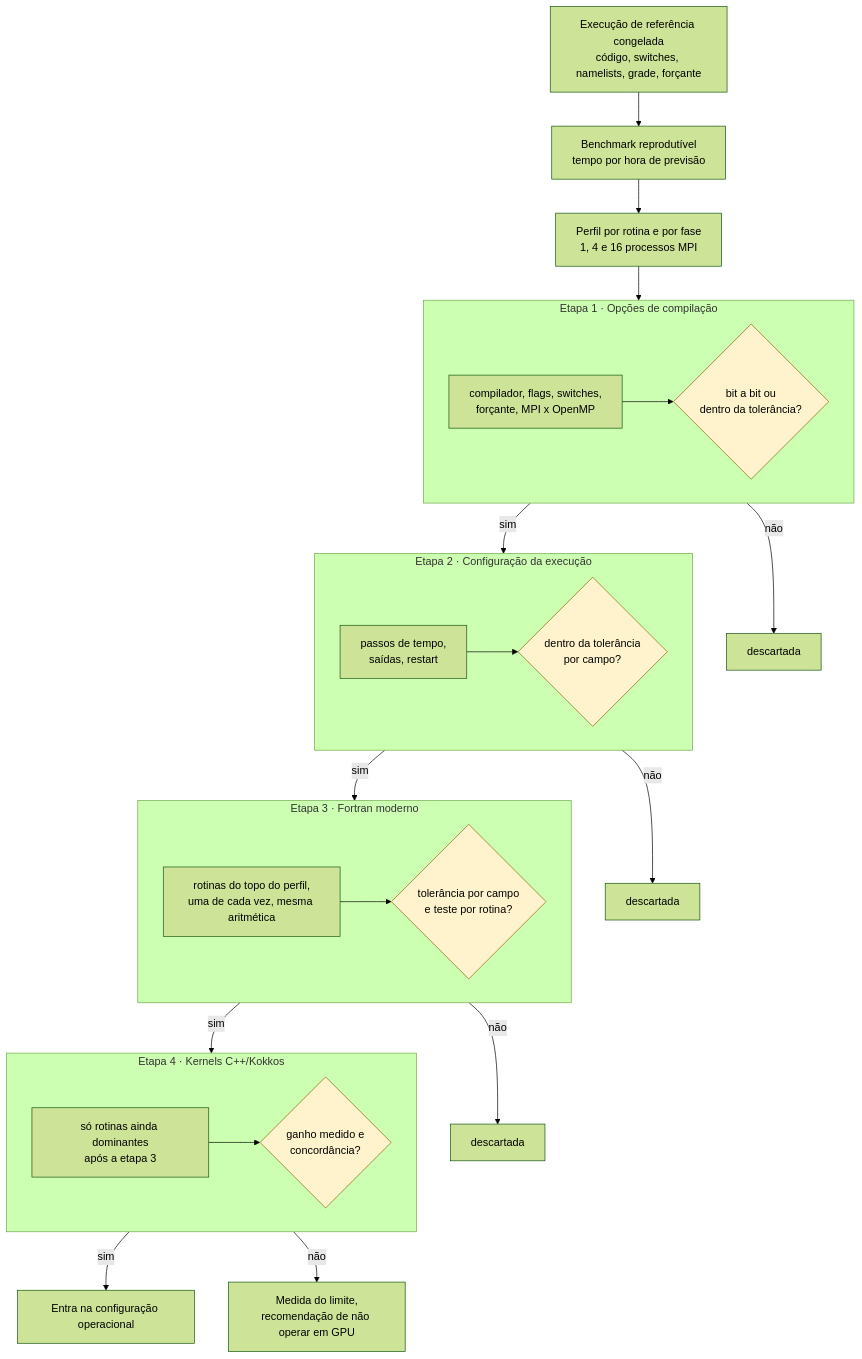
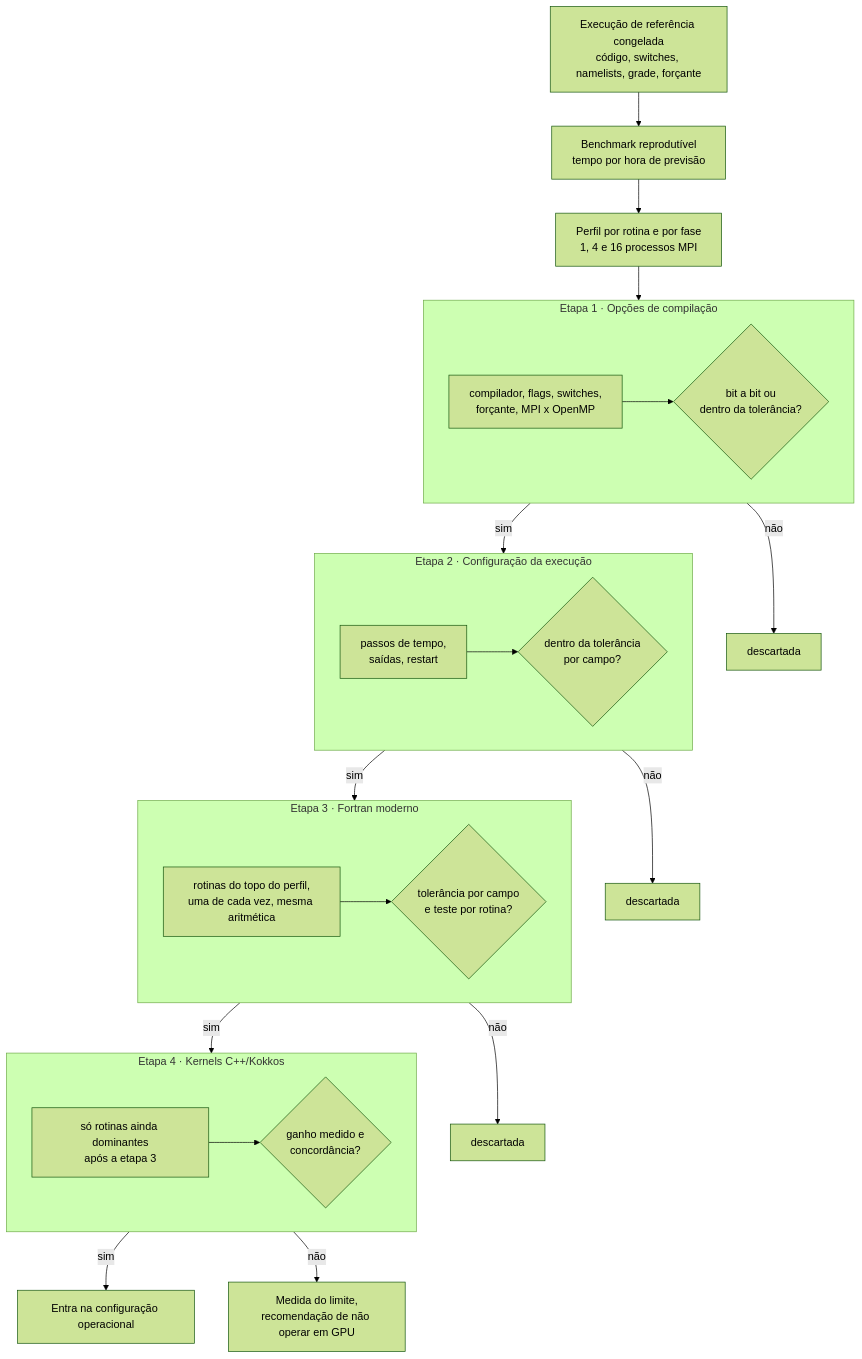
Before and after one commit to h0ffmann/ww3-gpu: the second of 8 diagrams in pubs/proposal/mapas-mentais.pt.md, drawn with Mermaid (forest theme). The commit also changed other lines of this file and 42 other files, not shown here.

````diff
--- a/pubs/proposal/mapas-mentais.pt.md
+++ b/pubs/proposal/mapas-mentais.pt.md
@@ -57,39 +57,37 @@
 ```mermaid
 %% figure: proposta-escada-otimizacao
 %% title: Que critério cada etapa de otimização precisa cumprir antes da seguinte?
 flowchart TD
     R[Execução de referência congelada<br/>código, switches, namelists, grade, forçante] --> B[Benchmark reprodutível<br/>tempo por hora de previsão]
     B --> P[Perfil por rotina e por fase<br/>1, 4 e 16 processos MPI]
-    P --> E1
+    P --> E1a
 
     subgraph E1[Etapa 1 · Opções de compilação]
         direction LR
         E1a[compilador, flags, switches,<br/>forçante, MPI x OpenMP] --> E1g{bit a bit ou<br/>dentro da tolerância?}
     end
-    E1g -- sim --> E2
+    E1g -- sim --> E2a
     E1g -- não --> X1[descartada]
 
     subgraph E2[Etapa 2 · Configuração da execução]
         direction LR
         E2a[passos de tempo,<br/>saídas, restart] --> E2g{dentro da tolerância<br/>por campo?}
     end
-    E2g -- sim --> E3
+    E2g -- sim --> E3a
     E2g -- não --> X2[descartada]
 
     subgraph E3[Etapa 3 · Fortran moderno]
         direction LR
         E3a[rotinas do topo do perfil,<br/>uma de cada vez, mesma aritmética] --> E3g{tolerância por campo<br/>e teste por rotina?}
     end
-    E3g -- sim --> E4
+    E3g -- sim --> E4a
     E3g -- não --> X3[descartada]
 
     subgraph E4[Etapa 4 · Kernels C++/Kokkos]
         direction LR
         E4a[só rotinas ainda dominantes<br/>após a etapa 3] --> E4g{ganho medido e<br/>concordância?}
     end
     E4g -- sim --> OP[Entra na configuração operacional]
     E4g -- não --> LIM[Medida do limite,<br/>recomendação de não operar em GPU]
 
-    classDef gate fill:#fff3cd,stroke:#856404;
-    class E1g,E2g,E3g,E4g gate;
 ```
````
